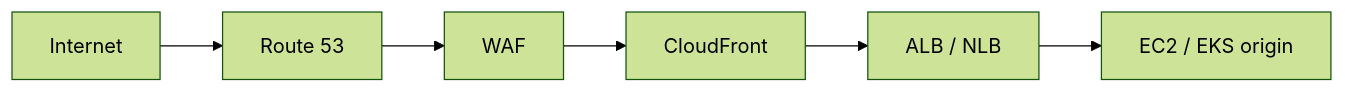
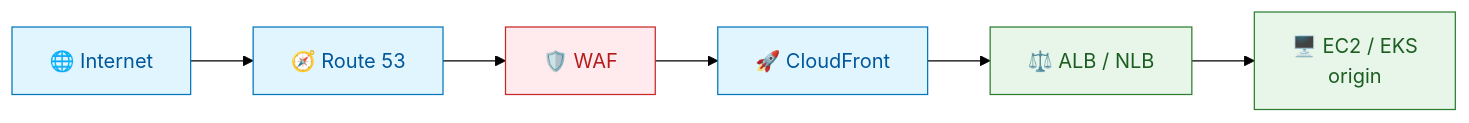
The second of 2 diagrams in README.md (grey-techstack/aws-network-ops-agent), drawn with Mermaid (forest theme) before and after one commit. The commit also changed other lines of this file, not shown here.

First line of the commit message:
docs: restyle architecture diagrams (color-coded layers, icons, grouped runtime)

````diff
--- a/README.md
+++ b/README.md
@@ -47,8 +73,18 @@
 ```mermaid
 flowchart LR
-    NET["Internet"] --> R53["Route 53"]
-    R53 --> WAF["WAF"]
-    WAF --> CF["CloudFront"]
-    CF --> ALB["ALB / NLB"]
-    ALB --> ORIG["EC2 / EKS origin"]
+    NET["🌐 Internet"]
+    R53["🧭 Route 53"]
+    WAF["🛡️ WAF"]
+    CF["🚀 CloudFront"]
+    ALB["⚖️ ALB / NLB"]
+    ORIG["🖥️ EC2 / EKS<br/>origin"]
+
+    NET --> R53 --> WAF --> CF --> ALB --> ORIG
+
+    classDef edge fill:#E1F5FE,stroke:#0277BD,color:#01579B;
+    classDef sec fill:#FFEBEE,stroke:#C62828,color:#B71C1C;
+    classDef origin fill:#E8F5E9,stroke:#2E7D32,color:#1B5E20;
+    class NET,R53,CF edge;
+    class WAF sec;
+    class ALB,ORIG origin;
 ```
````
